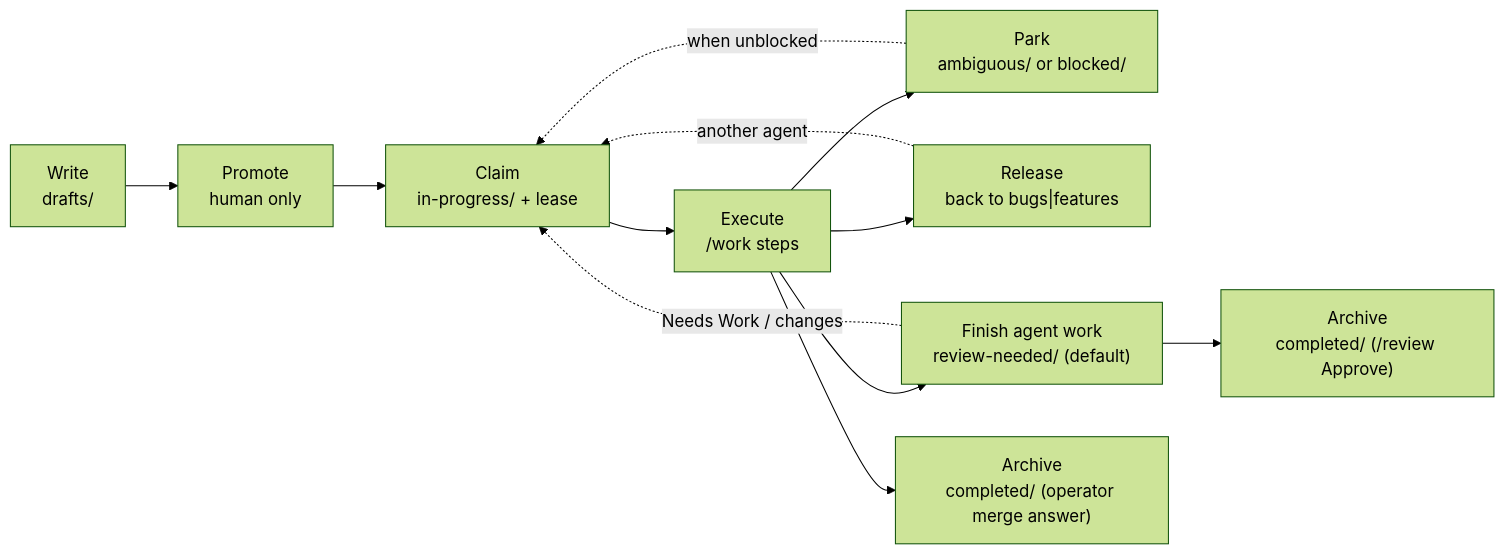
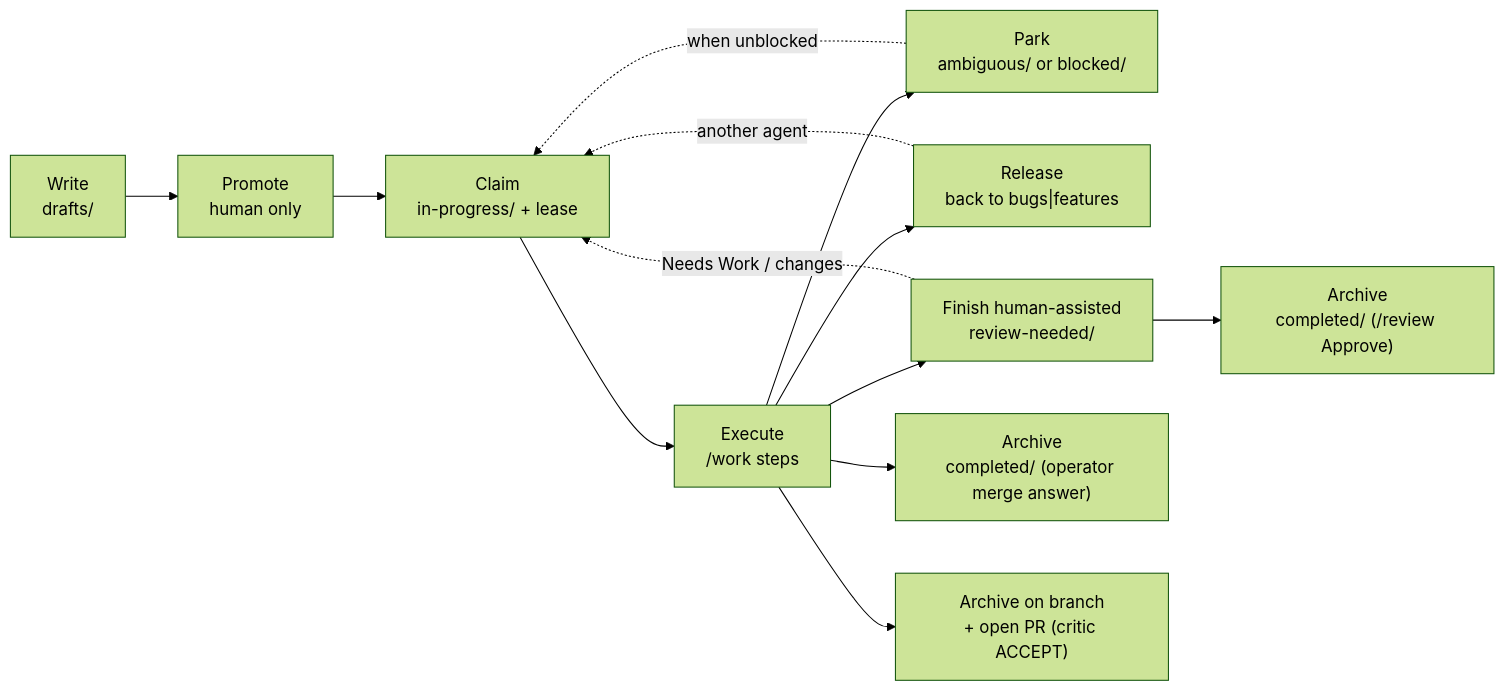
Before and after one commit to carefreeinv/anchor: the second of 2 diagrams in docs/docs/skills/work.md, drawn with Mermaid (forest theme). The commit also changed other lines of this file and 25 other files, not shown here.

First line of the commit message:
Two finish workflows: autonomous PR only after critic ACCEPT

````diff
--- a/docs/docs/skills/work.md
+++ b/docs/docs/skills/work.md
@@ -113,24 +115,26 @@
 ```mermaid
 flowchart LR
   write["Write<br/>drafts/"]
   promote["Promote<br/>human only"]
   claim["Claim<br/>in-progress/ + lease"]
   exec["Execute<br/>/work steps"]
   park["Park<br/>ambiguous/ or blocked/"]
   release["Release<br/>back to bugs|features"]
-  review["Finish agent work<br/>review-needed/ (default)"]
+  review["Finish human-assisted<br/>review-needed/"]
   finish["Archive<br/>completed/ (/review Approve)"]
   mergeDone["Archive<br/>completed/ (operator merge answer)"]
+  autoPr["Archive on branch<br/>+ open PR (critic ACCEPT)"]
 
   write --> promote
   promote --> claim
   claim --> exec
   exec --> review
   exec --> mergeDone
+  exec --> autoPr
   exec --> park
   exec --> release
   review --> finish
   review -.->|"Needs Work / changes"| claim
   park -.->|"when unblocked"| claim
   release -.->|"another agent"| claim
 ```
````
